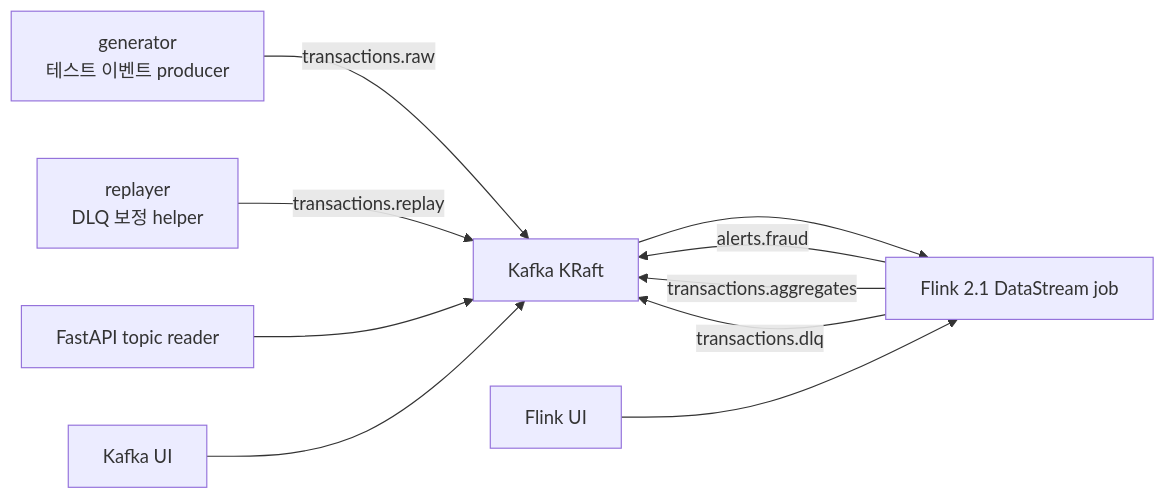
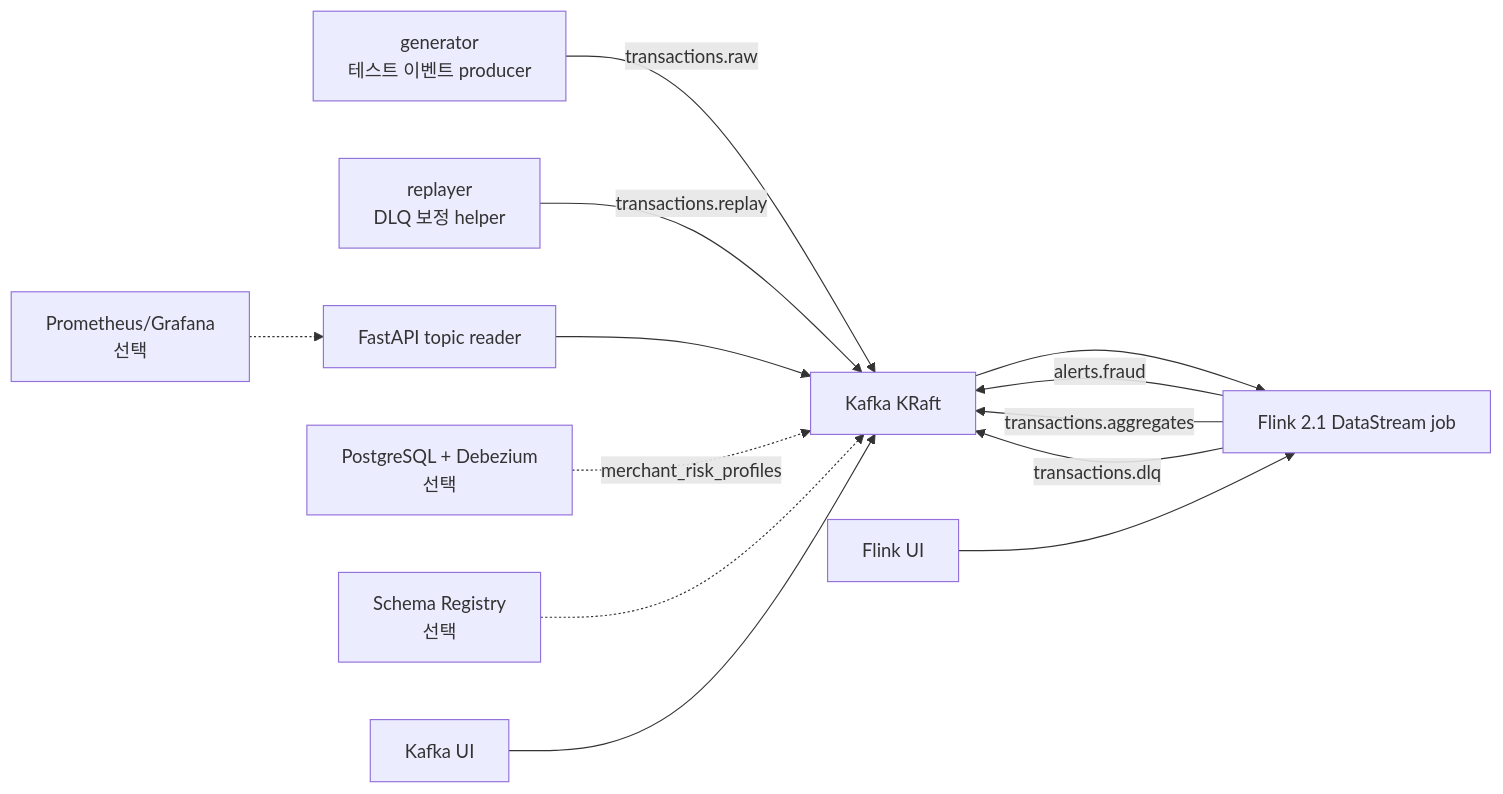
Before and after one commit to jaejungscene/flink-kafka-realtime-lab: the diagram in docs/project-structure.md, drawn with Mermaid. The commit also changed other lines of this file and 35 other files, not shown here.

````diff
--- a/docs/project-structure.md
+++ b/docs/project-structure.md
@@ -11,12 +13,15 @@
 ```mermaid
 flowchart LR
     Generator["generator<br/>테스트 이벤트 producer"] -->|transactions.raw| Kafka["Kafka KRaft"]
     Replayer["replayer<br/>DLQ 보정 helper"] -->|transactions.replay| Kafka
     Kafka --> Flink["Flink 2.1 DataStream job"]
     Flink -->|alerts.fraud| Kafka
     Flink -->|transactions.aggregates| Kafka
     Flink -->|transactions.dlq| Kafka
     API["FastAPI topic reader"] --> Kafka
+    CDC["PostgreSQL + Debezium<br/>선택"] -.->|merchant_risk_profiles| Kafka
+    Schema["Schema Registry<br/>선택"] -.-> Kafka
+    Metrics["Prometheus/Grafana<br/>선택"] -.-> API
     KafkaUI["Kafka UI"] --> Kafka
     FlinkUI["Flink UI"] --> Flink
 ```
````
